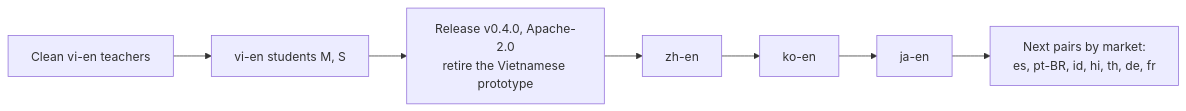
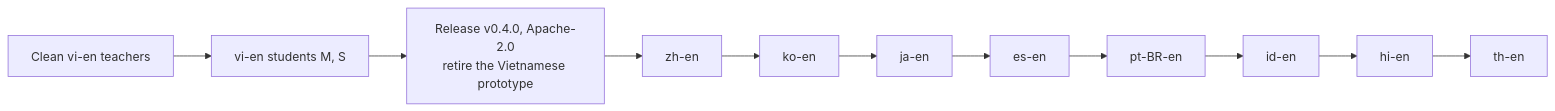
The diagram in docs/design/plans/2026-11-18-roadmap-bilingual.md (tuanpmt/vtts), drawn with Mermaid before and after one commit. The commit also changed other lines of this file and 4 other files, not shown here.

First line of the commit message:
docs: roadmap adds Spanish, Portuguese (Brazil), Indonesian, Hindi and Thai pairs; compute layout

````diff
--- a/docs/design/plans/2026-11-18-roadmap-bilingual.md
+++ b/docs/design/plans/2026-11-18-roadmap-bilingual.md
@@ -15,9 +14,9 @@
 ```mermaid
 flowchart LR
     A[Clean vi-en teachers] --> B[vi-en students M, S]
     B --> C[Release v0.4.0, Apache-2.0<br/>retire the Vietnamese prototype]
     C --> D[zh-en]
     D --> E[ko-en]
     E --> F[ja-en]
-    F --> G[Next pairs by market:<br/>es, pt-BR, id, hi, th, de, fr]
+    F --> G[es-en] --> H[pt-BR-en] --> I[id-en] --> J[hi-en] --> K[th-en]
 ```
````
